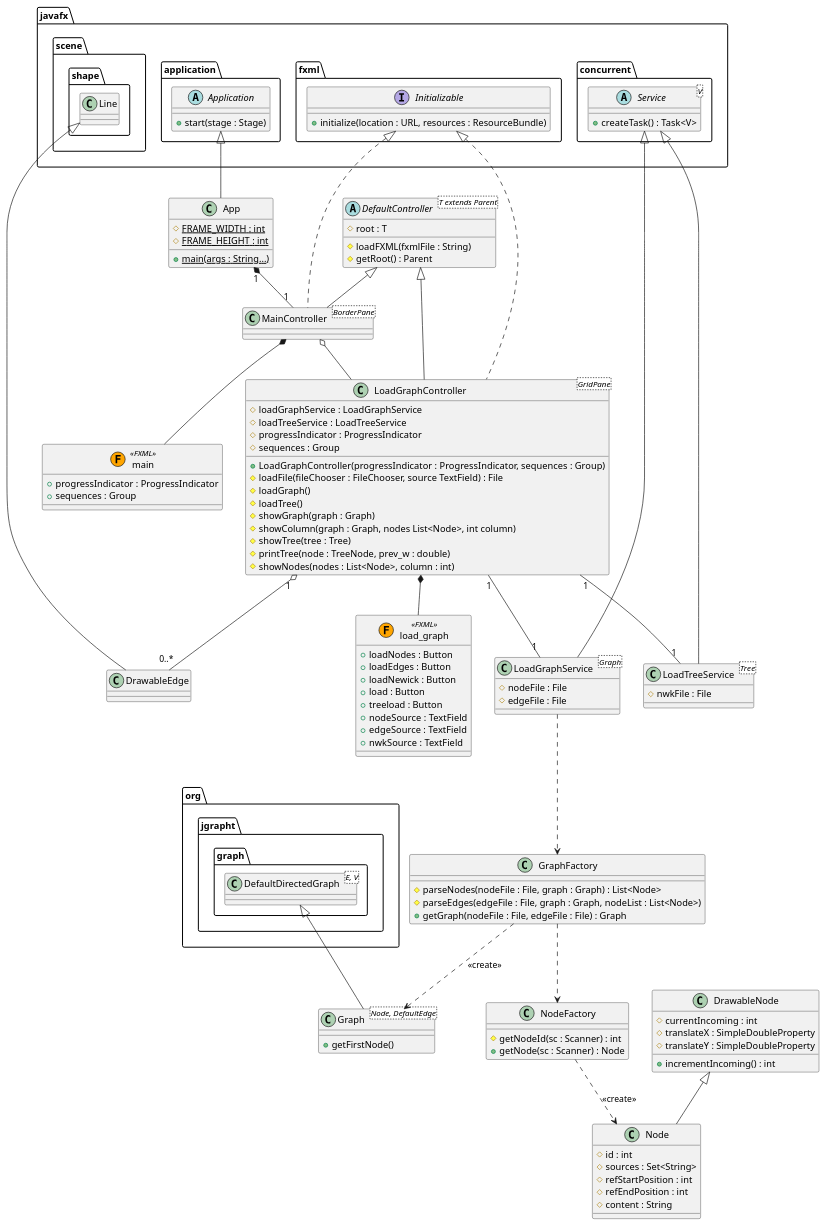
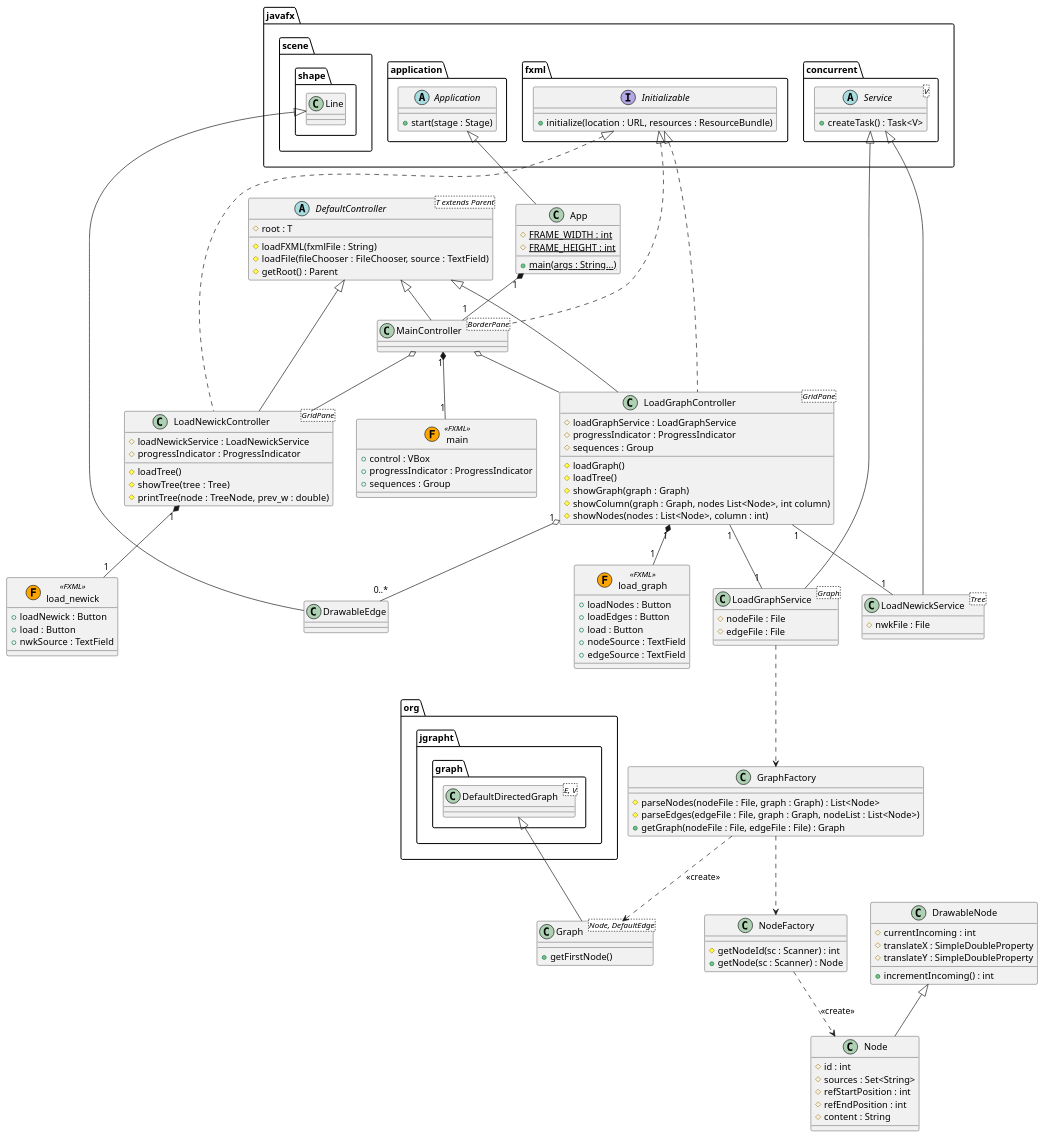
The diagram in diagrams/ProgrammingLife.puml (ProgrammingLife2015/geex), drawn with PlantUML before and after one commit.

Commit message:
Update diagram to represent the latest code.

```diff
--- a/diagrams/ProgrammingLife.puml
+++ b/diagrams/ProgrammingLife.puml
@@ -1,124 +1,134 @@
 @startuml
 class App extends javafx.application.Application {
     {static} # FRAME_WIDTH : int
     {static} # FRAME_HEIGHT : int
 
     {static} +main(args : String...)
 }
 
 class DrawableEdge extends javafx.scene.shape.Line
 class DrawableNode {
     # currentIncoming : int
     # translateX : SimpleDoubleProperty
     # translateY : SimpleDoubleProperty
 
     +incrementIncoming() : int
 }
 
 abstract class DefaultController<T extends Parent> {
     # root : T
     #loadFXML(fxmlFile : String)
+    #loadFile(fileChooser : FileChooser, source : TextField)
     #getRoot() : Parent
 }
 
 class MainController<BorderPane> extends DefaultController implements javafx.fxml.Initializable {
 }
 
+class LoadNewickController<GridPane> extends DefaultController implements javafx.fxml.Initializable {
+    # loadNewickService : LoadNewickService
+    # progressIndicator : ProgressIndicator
+
+    #loadTree()
+    #showTree(tree : Tree)
+    #printTree(node : TreeNode, prev_w : double)
+}
+
 class LoadGraphController<GridPane> Extends DefaultController implements javafx.fxml.Initializable {
     # loadGraphService : LoadGraphService
-    # loadTreeService : LoadTreeService
     # progressIndicator : ProgressIndicator
     # sequences : Group
 
-    +LoadGraphController(progressIndicator : ProgressIndicator, sequences : Group)
-    #loadFile(fileChooser : FileChooser, source TextField) : File
     #loadGraph()
     #loadTree()
     #showGraph(graph : Graph)
     #showColumn(graph : Graph, nodes List<Node>, int column)
-    #showTree(tree : Tree)
-    #printTree(node : TreeNode, prev_w : double)
     #showNodes(nodes : List<Node>, column : int)
 }
 
 
 class Node extends DrawableNode {
     # id : int
     # sources : Set<String>
     # refStartPosition : int
     # refEndPosition : int
     # content : String
 }
 class NodeFactory {
     #getNodeId(sc : Scanner) : int
     +getNode(sc : Scanner) : Node
 }
 
 class Graph<Node, DefaultEdge> extends org.jgrapht.graph.DefaultDirectedGraph {
     +getFirstNode()
 }
 class GraphFactory {
     #parseNodes(nodeFile : File, graph : Graph) : List<Node>
     #parseEdges(edgeFile : File, graph : Graph, nodeList : List<Node>)
     +getGraph(nodeFile : File, edgeFile : File) : Graph
 }
 
 class LoadGraphService<Graph> extends javafx.concurrent.Service {
     # nodeFile : File
     # edgeFile : File
 }
-class LoadTreeService<Tree> extends javafx.concurrent.Service {
+class LoadNewickService<Tree> extends javafx.concurrent.Service {
     # nwkFile : File
 }
 
 'FXML
 class main << (F,orange) FXML >> {
+    + control : VBox
     + progressIndicator : ProgressIndicator
     + sequences : Group
+}
+
+class load_newick << (F, orange) FXML >> {
+    + loadNewick : Button
+    + load : Button
+    + nwkSource : TextField
 }
 
 class load_graph << (F, orange) FXML >> {
     + loadNodes : Button
     + loadEdges : Button
-    + loadNewick : Button
     + load : Button
-    + treeload : Button
     + nodeSource : TextField
     + edgeSource : TextField
-    + nwkSource : TextField
-
 }
 
 'Relations
-LoadGraphController *-- load_graph
-MainController *-- main
+LoadGraphController "1" *-- "1" load_graph
+LoadNewickController "1" *-- "1" load_newick
+MainController "1" *-- "1" main
 
 GraphFactory ..> Graph : << create >>
 GraphFactory ..> NodeFactory
 
 NodeFactory ..> Node : << create >>
 
 App "1" *-- "1" MainController
 MainController o-- LoadGraphController
+MainController o-- LoadNewickController
 
 LoadGraphController "1" o-- "0..*" DrawableEdge
 LoadGraphController "1" -- "1" LoadGraphService
-LoadGraphController "1" -- "1" LoadTreeService
+LoadGraphController "1" -- "1" LoadNewickService
 
 LoadGraphService ..> GraphFactory
 
 'External classes
 abstract class javafx.concurrent.Service<V> {
     +createTask() : Task<V>
 }
 
 abstract class javafx.application.Application {
     +start(stage : Stage)
 }
 
 class org.jgrapht.graph.DefaultDirectedGraph<E, V>
 
 interface javafx.fxml.Initializable {
     +initialize(location : URL, resources : ResourceBundle)
 }
 @enduml
```
